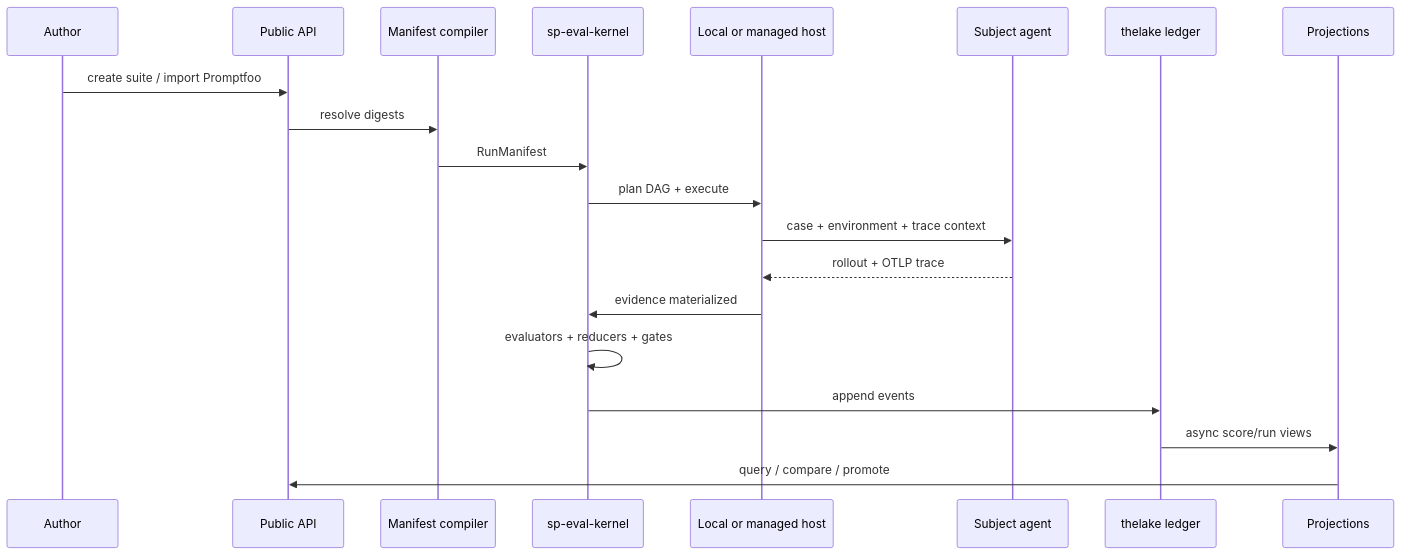
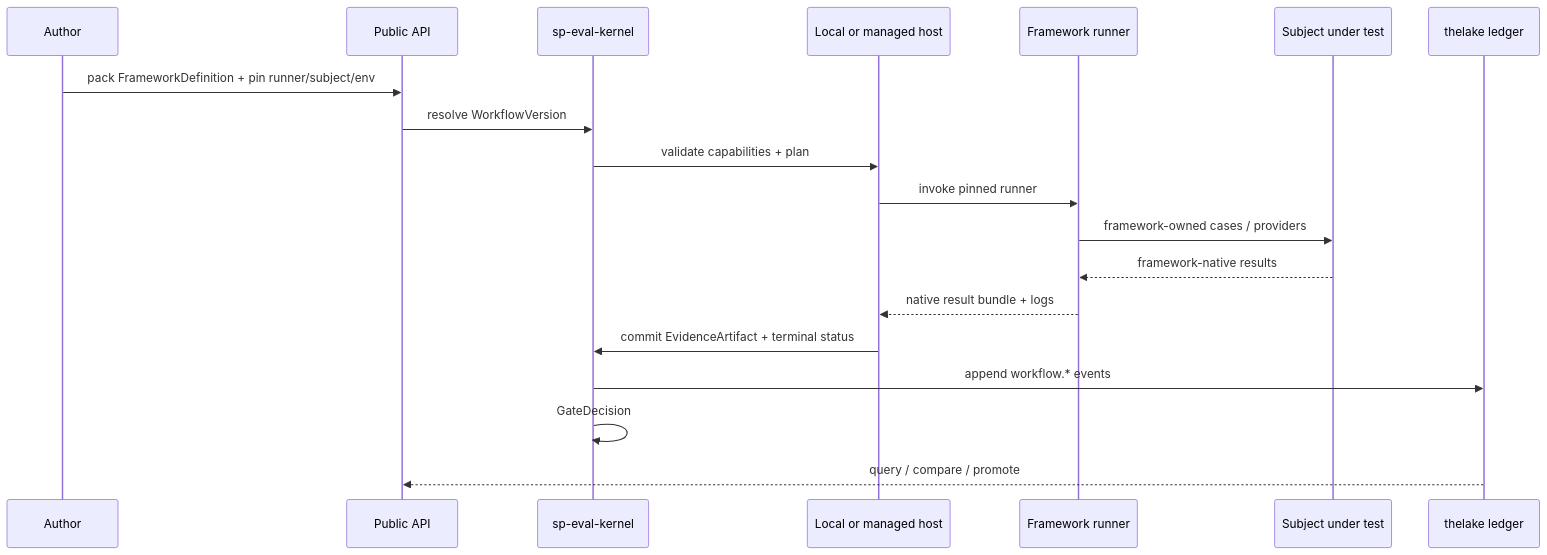
The first of 8 diagrams in en/evaluation/how-it-works.md (softprobe/document-website), drawn with Mermaid before and after one commit. The commit also changed other lines of this file and 57 other files, not shown here.

````diff
--- a/en/evaluation/how-it-works.md
+++ b/en/evaluation/how-it-works.md
@@ -11,23 +11,22 @@
 ```mermaid
 sequenceDiagram
   participant Author as Author
   participant API as Public API
-  participant Compiler as Manifest compiler
   participant Kernel as sp-eval-kernel
   participant Host as Local or managed host
-  participant Subject as Subject agent
+  participant Runner as Framework runner
+  participant Subject as Subject under test
   participant Lake as thelake ledger
-  participant Proj as Projections
 
-  Author->>API: create suite / import Promptfoo
-  API->>Compiler: resolve digests
-  Compiler->>Kernel: RunManifest
-  Kernel->>Host: plan DAG + execute
-  Host->>Subject: case + environment + trace context
-  Subject-->>Host: rollout + OTLP trace
-  Host->>Kernel: evidence materialized
-  Kernel->>Kernel: evaluators + reducers + gates
-  Kernel->>Lake: append events
-  Lake->>Proj: async score/run views
-  Proj->>API: query / compare / promote
+  Author->>API: pack FrameworkDefinition + pin runner/subject/env
+  API->>Kernel: resolve WorkflowVersion
+  Kernel->>Host: validate capabilities + plan
+  Host->>Runner: invoke pinned runner
+  Runner->>Subject: framework-owned cases / providers
+  Subject-->>Runner: framework-native results
+  Runner-->>Host: native result bundle + logs
+  Host->>Kernel: commit EvidenceArtifact + terminal status
+  Kernel->>Lake: append workflow.* events
+  Kernel->>Kernel: GateDecision
+  Lake-->>API: query / compare / promote
 ```
````
